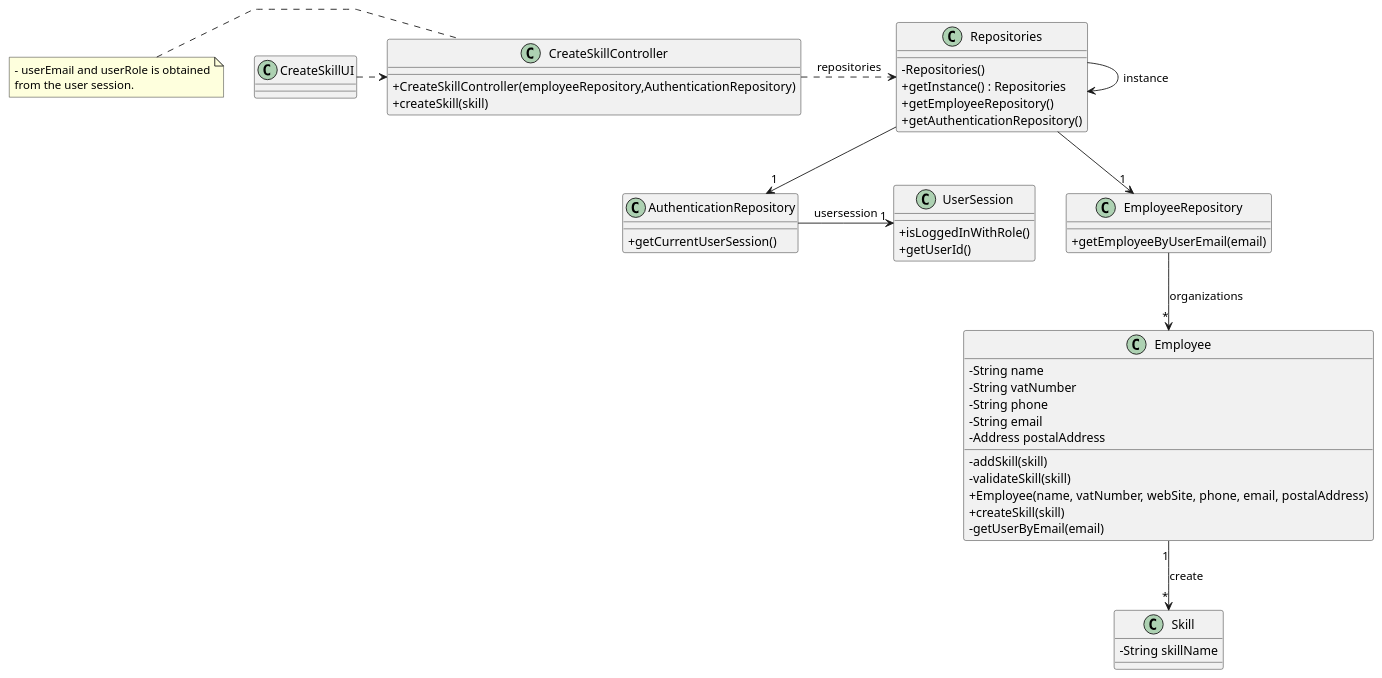
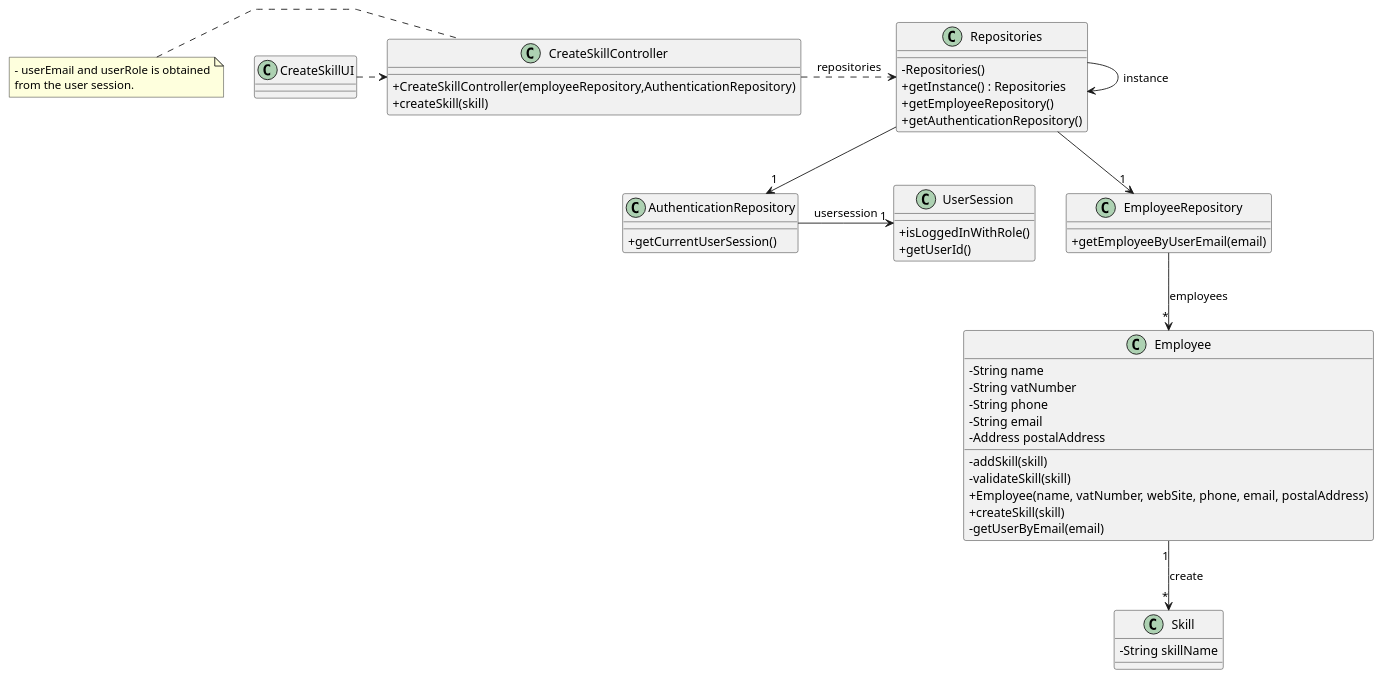
The diagram in docs/sprintC/us001/03.design/puml/us001-class-diagram.puml (Mendoncaa/LAPR2), drawn with PlantUML before and after one commit. The commit also changed 4 other files, not shown here.

Commit message:
Update class diagram US01 and US04

```diff
--- a/docs/sprintC/us001/03.design/puml/us001-class-diagram.puml
+++ b/docs/sprintC/us001/03.design/puml/us001-class-diagram.puml
@@ -1,83 +1,81 @@
 @startuml
 'skinparam monochrome true
 skinparam packageStyle rectangle
 skinparam shadowing false
 skinparam linetype polyline
 'skinparam linetype orto
 
 skinparam classAttributeIconSize 0
 
 'left to right direction
 
 class CreateSkillUI {
 }
 
 class CreateSkillController {
     + CreateSkillController(employeeRepository,AuthenticationRepository)
     + createSkill(skill)
 
 }
 
 class Repositories {
     - Repositories()
     + getInstance() : Repositories
     + getEmployeeRepository()
     + getAuthenticationRepository()
 }
 
-class AuthenticationRepository
-{
+class AuthenticationRepository {
     + getCurrentUserSession()
 }
 
-class UserSession
-{
+class UserSession {
     + isLoggedInWithRole()
     + getUserId()
 }
 
 
 class Employee {
     - String name
     - String vatNumber
     - String phone
     - String email
     - Address postalAddress
     - addSkill(skill)
     - validateSkill(skill)
     + Employee(name, vatNumber, webSite, phone, email, postalAddress)
     + createSkill(skill)
     - getUserByEmail(email)
 
 }
 
 
 class EmployeeRepository {
     + getEmployeeByUserEmail(email)
 }
 
 
 class Skill {
     - String skillName
 }
 
 note left of CreateSkillController
     - userEmail and userRole is obtained
     from the user session.
 end note
 
 
 
 
 Repositories -> Repositories : instance
 CreateSkillUI .> CreateSkillController
 CreateSkillController .> Repositories : repositories
 Repositories --> "1" EmployeeRepository
-EmployeeRepository --> "*" Employee : organizations
+EmployeeRepository --> "*" Employee : employees
 AuthenticationRepository -> "1" UserSession : usersession
 Repositories --> "1" AuthenticationRepository
 Employee "1" --> "*" Skill : create
 
 
 
 @enduml
```
